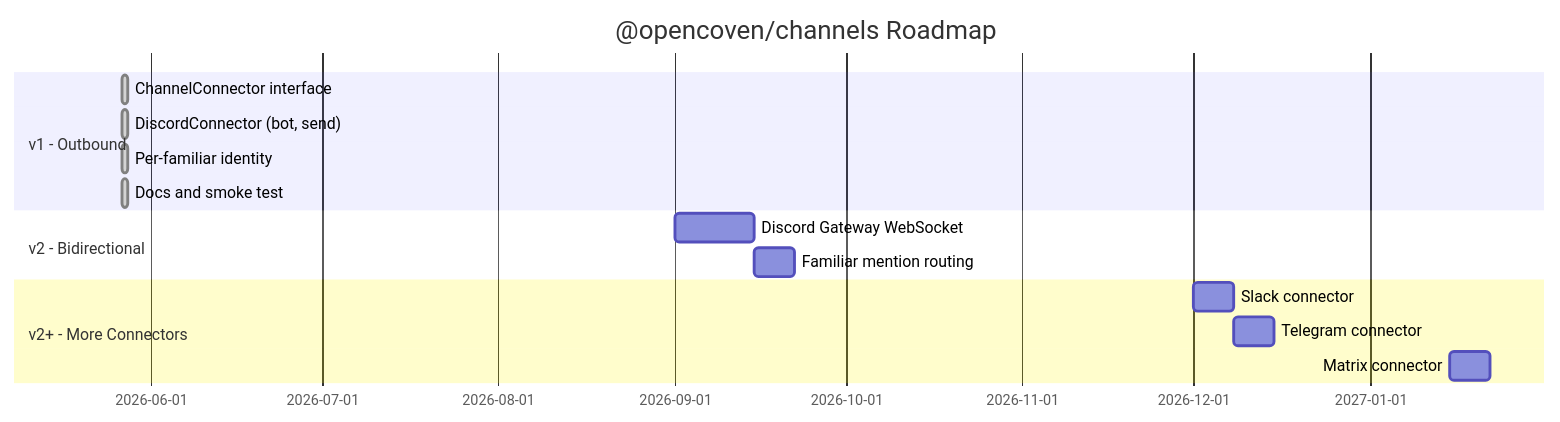
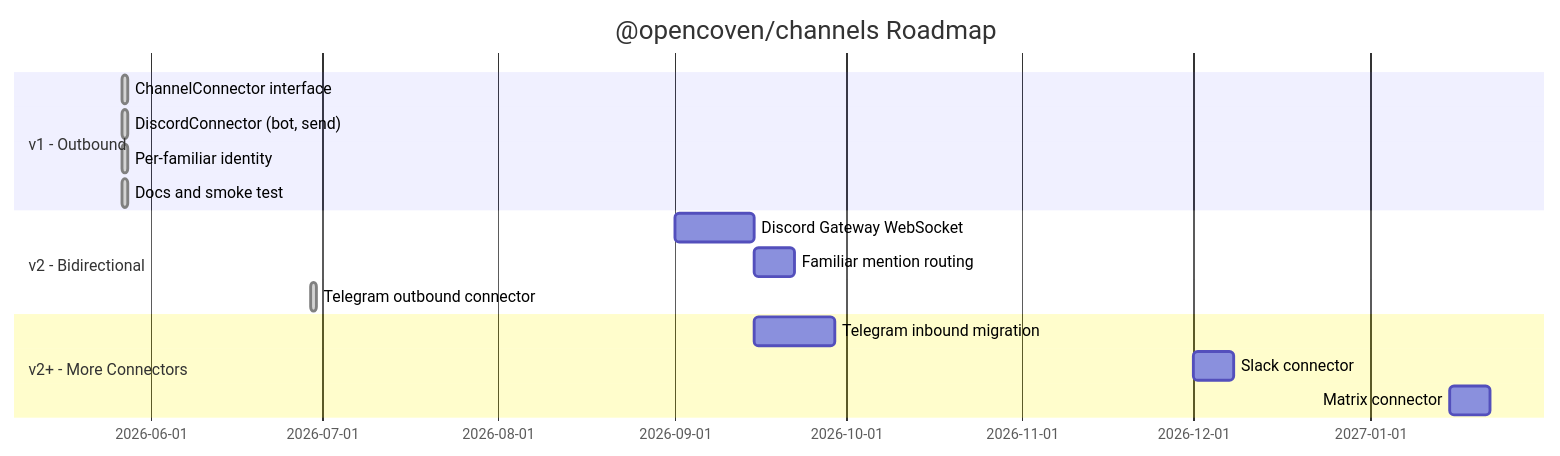
The second of 2 diagrams in specs/coven-channels/PRODUCT.md (OpenCoven/coven), drawn with Mermaid before and after one commit. The commit also changed other lines of this file and 33 other files, not shown here.

````diff
--- a/specs/coven-channels/PRODUCT.md
+++ b/specs/coven-channels/PRODUCT.md
@@ -119,17 +126,18 @@
 ```mermaid
 gantt
     title @opencoven/channels Roadmap
     dateFormat YYYY-MM-DD
     section v1 - Outbound
     ChannelConnector interface       :done, t1, 2026-05-27, 1d
     DiscordConnector (bot, send)     :done, t2, 2026-05-27, 1d
     Per-familiar identity            :done, t3, 2026-05-27, 1d
     Docs and smoke test              :done, t4, 2026-05-27, 1d
     section v2 - Bidirectional
     Discord Gateway WebSocket        :t5, 2026-09-01, 14d
     Familiar mention routing         :t6, after t5, 7d
+    Telegram outbound connector      :done, t7, 2026-06-29, 1d
     section v2+ - More Connectors
-    Slack connector                  :t7, 2026-12-01, 7d
-    Telegram connector               :t8, after t7, 7d
-    Matrix connector                 :t9, 2027-01-15, 7d
+    Telegram inbound migration       :t8, 2026-09-15, 14d
+    Slack connector                  :t9, 2026-12-01, 7d
+    Matrix connector                 :t10, 2027-01-15, 7d
 ```
````
